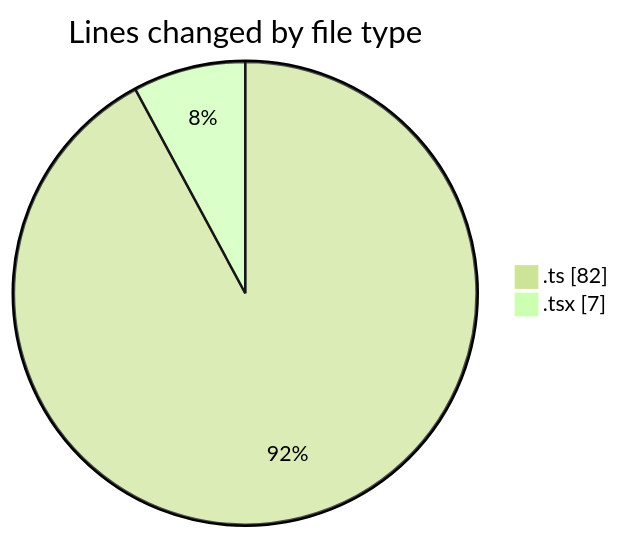
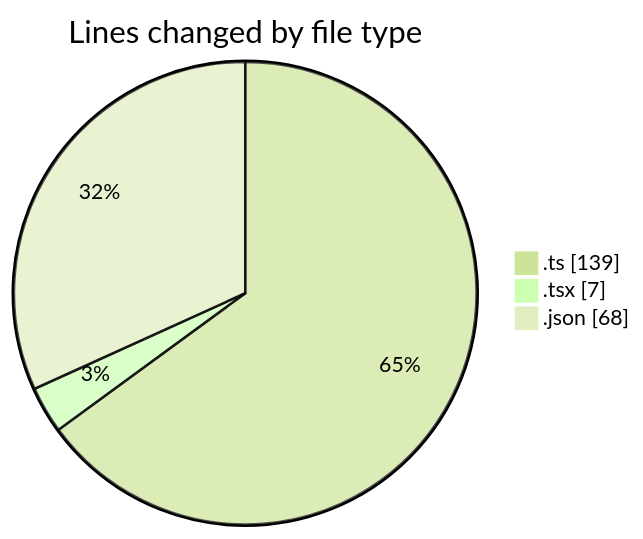
The first of 2 diagrams in 2025-11-20/eventscop__workspace_/README.md (julien-gomy/code-tracking), drawn with Mermaid (forest theme) before and after one commit. The commit also changed other lines of this file and 1 other file, not shown here.

````diff
--- a/2025-11-20/eventscop__workspace_/README.md
+++ b/2025-11-20/eventscop__workspace_/README.md
@@ -21,6 +23,7 @@
 ```mermaid
 pie showData
 title Lines changed by file type
-".ts" : 82
+".ts" : 139
 ".tsx" : 7
+".json" : 68
 ```
````
